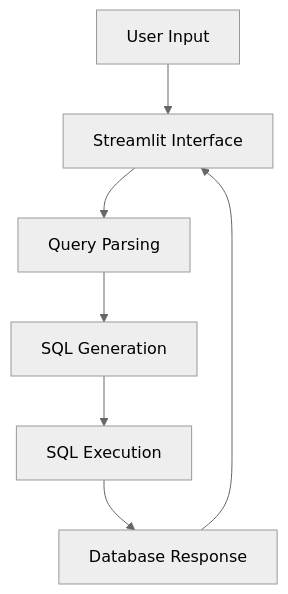
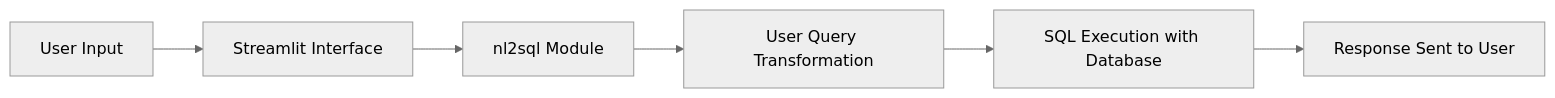
The diagram in README.md (abhisingh007224/nl2sql-insight-chatbot), drawn with Mermaid (neutral theme) before and after one commit. The commit also changed other lines of this file, not shown here.

````diff
--- a/README.md
+++ b/README.md
@@ -54,9 +56,8 @@
 ```mermaid
-graph TD;
-    A[User Input] --> B[Streamlit Interface];
-    B --> C[Query Parsing];
-    C --> D[SQL Generation];
-    D --> E[SQL Execution];
-    E --> F[Database Response];
-    F --> B;
+graph LR
+    A[User Input] --> B[Streamlit Interface]
+    B --> C[nl2sql Module]
+    C --> D[User Query Transformation]
+    D --> E[SQL Execution with Database]
+    E --> F[Response Sent to User]
 ```
````
